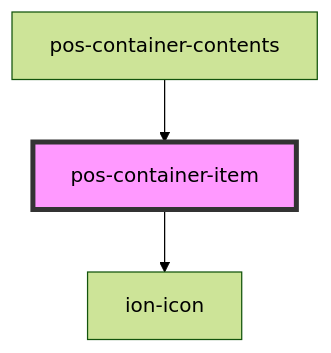
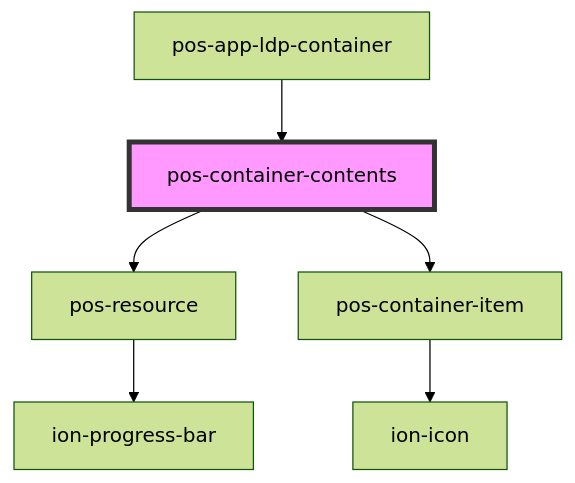
The diagram in docs/elements/components/pos-container-contents/readme.md (pod-os/PodOS), drawn with Mermaid (forest theme) before and after one commit. The commit also changed other lines of this file and 4 other files, not shown here.

````diff
--- a/docs/elements/components/pos-container-contents/readme.md
+++ b/docs/elements/components/pos-container-contents/readme.md
@@ -27,6 +27,9 @@
 ```mermaid
 graph TD;
+  pos-container-contents --> pos-resource
+  pos-container-contents --> pos-container-item
+  pos-resource --> ion-progress-bar
   pos-container-item --> ion-icon
-  pos-container-contents --> pos-container-item
-  style pos-container-item fill:#f9f,stroke:#333,stroke-width:4px
+  pos-app-ldp-container --> pos-container-contents
+  style pos-container-contents fill:#f9f,stroke:#333,stroke-width:4px
 ```
````
